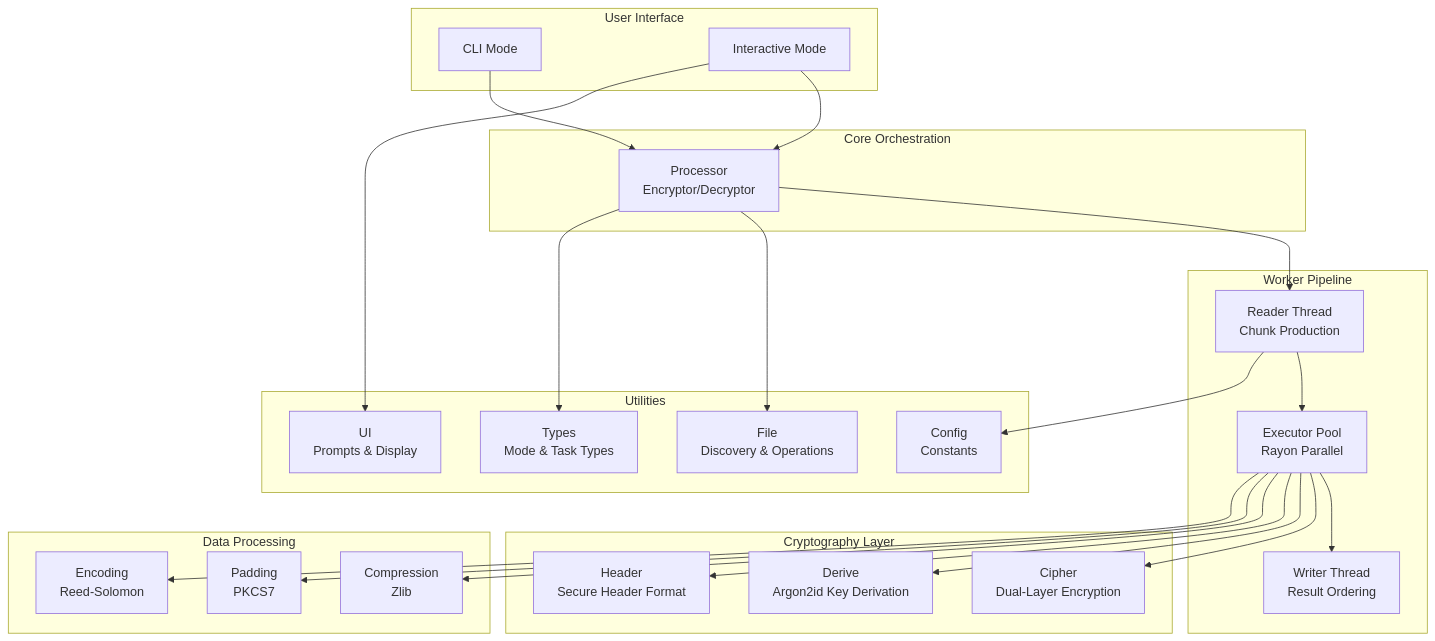
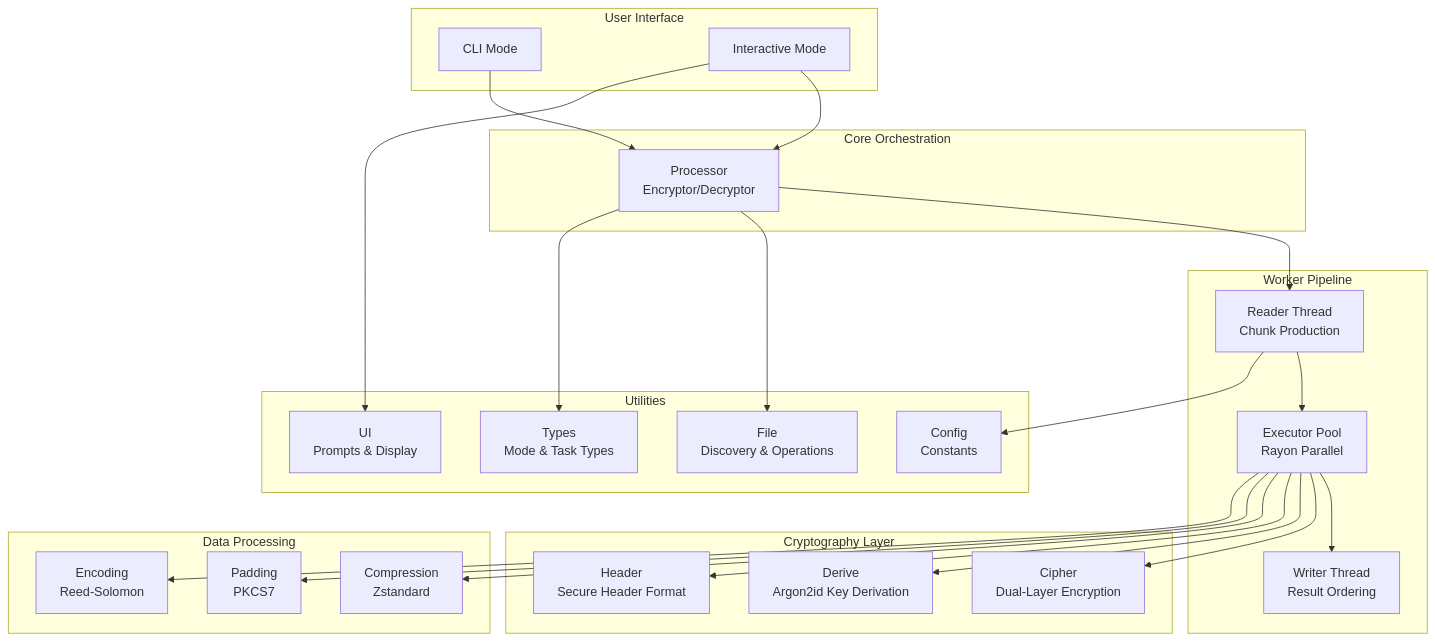
Before and after one commit to hambosto/sweetbyte-rs: the second of 2 diagrams in README.md, drawn with Mermaid. The commit also changed other lines of this file and 11 other files, not shown here.

First line of the commit message:
feat: switch to Zstandard compression and mimalloc

````diff
--- a/README.md
+++ b/README.md
@@ -97,55 +97,55 @@
 ```mermaid
 graph TD
     subgraph User Interface
         A[CLI Mode]
         B[Interactive Mode]
     end
 
     subgraph Core Orchestration
         C[Processor<br/>Encryptor/Decryptor]
     end
 
     subgraph Worker Pipeline
         D[Reader Thread<br/>Chunk Production]
         E[Executor Pool<br/>Rayon Parallel]
         F[Writer Thread<br/>Result Ordering]
     end
 
     subgraph Cryptography Layer
         G[Cipher<br/>Dual-Layer Encryption]
         H[Derive<br/>Argon2id Key Derivation]
         I[Header<br/>Secure Header Format]
     end
 
     subgraph Data Processing
-        J[Compression<br/>Zlib]
+        J[Compression<br/>Zstandard]
         K[Padding<br/>PKCS7]
         L[Encoding<br/>Reed-Solomon]
     end
 
     subgraph Utilities
         M[File<br/>Discovery & Operations]
         N[UI<br/>Prompts & Display]
         O[Config<br/>Constants]
         P[Types<br/>Mode & Task Types]
     end
 
     A --> C
     B --> C
 
     C --> D
     D --> E
     E --> F
 
     E --> G
     E --> H
     E --> I
     E --> J
     E --> K
     E --> L
 
     C --> M
     B --> N
     D --> O
     C --> P
 ```
````
